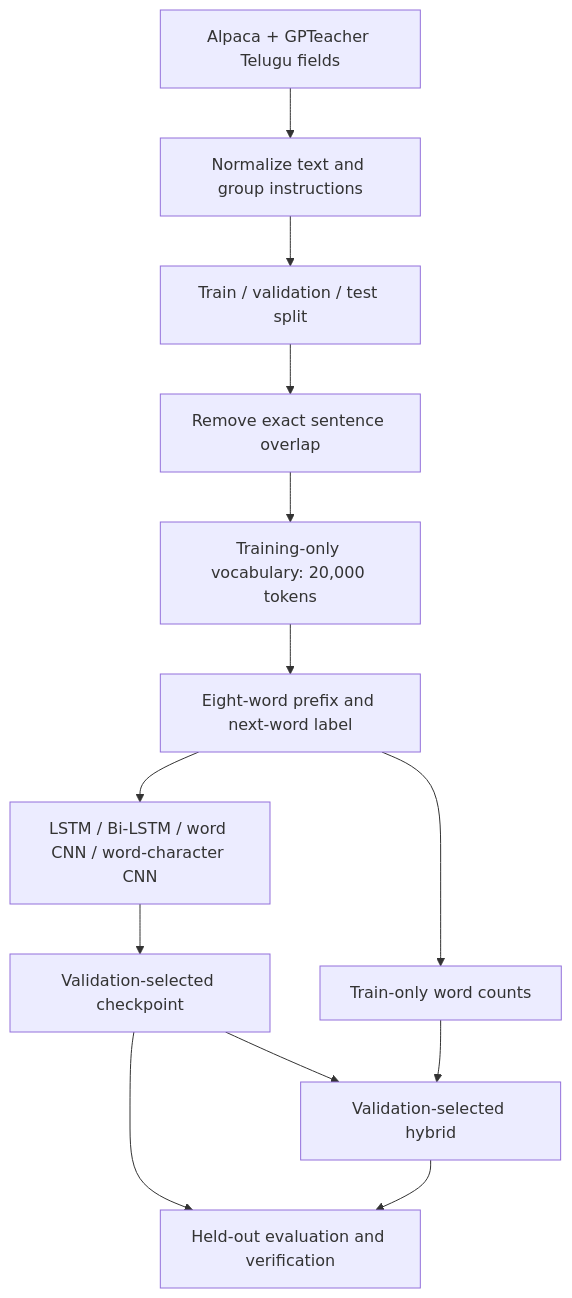
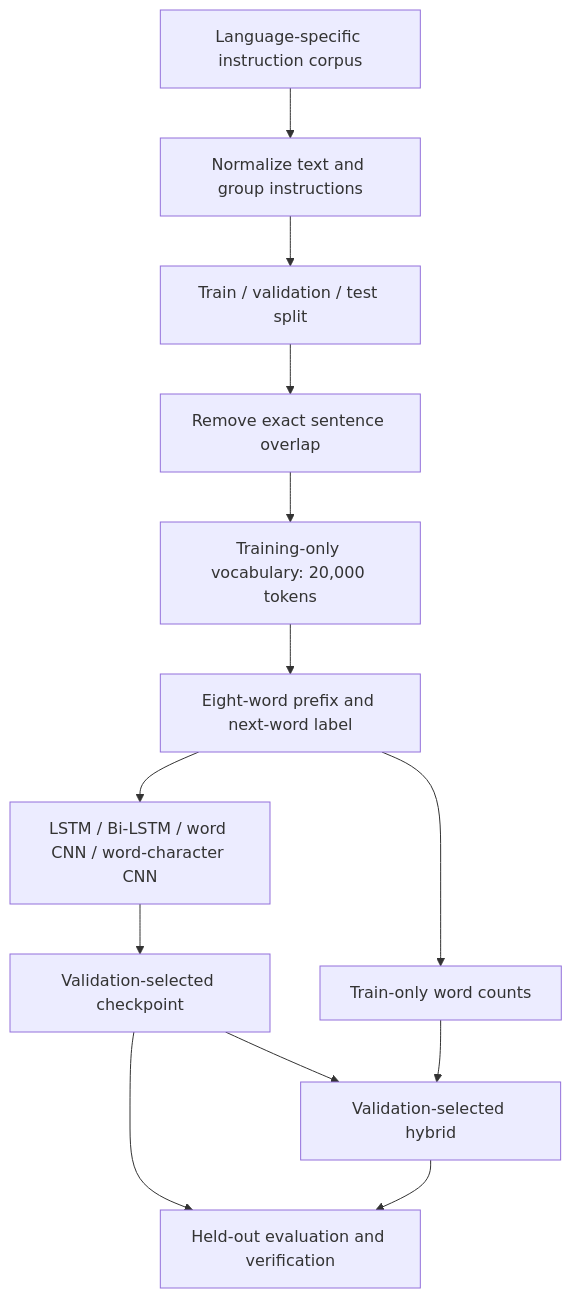
One commit to Sathvik257/trail changed the first of 2 diagrams in docs/ARCHITECTURE.md. Above: the diagram before and after it, drawn with Mermaid. The commit also changed other lines of this file and 157 other files, not shown here.

````diff
--- a/docs/ARCHITECTURE.md
+++ b/docs/ARCHITECTURE.md
@@ -5,15 +5,15 @@
 ```mermaid
 flowchart TD
- A[Alpaca + GPTeacher Telugu fields] --> B[Normalize text and group instructions]
+ A[Language-specific instruction corpus] --> B[Normalize text and group instructions]
  B --> C[Train / validation / test split]
  C --> D[Remove exact sentence overlap]
  D --> E[Training-only vocabulary: 20,000 tokens]
  E --> F[Eight-word prefix and next-word label]
  F --> G[LSTM / Bi-LSTM / word CNN / word-character CNN]
  G --> H[Validation-selected checkpoint]
  H --> I[Held-out evaluation and verification]
  F --> J[Train-only word counts]
  J --> K[Validation-selected hybrid]
  H --> K
  K --> I
 ```
````
